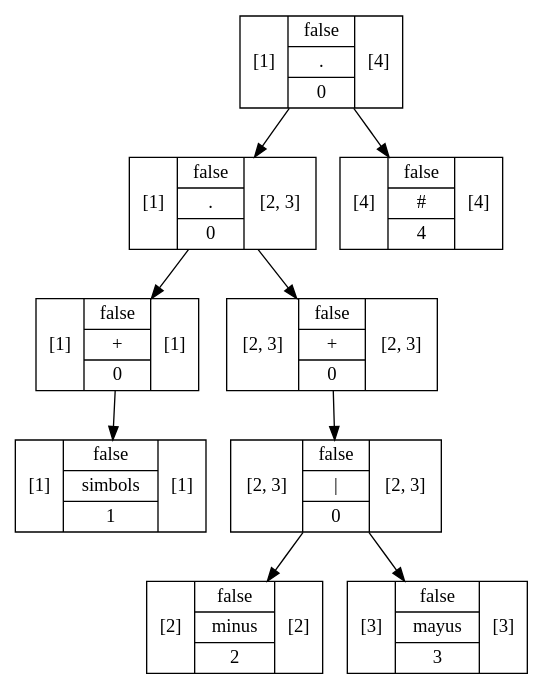
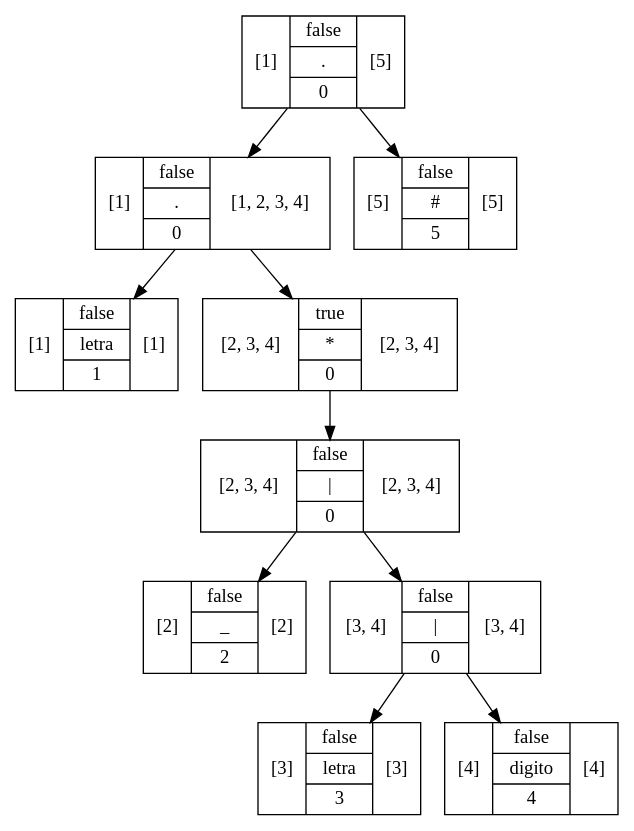
The diagram in out/production/Proyecto1/Graphviz/Arbol6.dot (RojasCJP/Proyecto1_Compi1), drawn with Graphviz before and after one commit. The commit also changed 276 other files, not shown here.

```diff
--- a/out/production/Proyecto1/Graphviz/Arbol6.dot
+++ b/out/production/Proyecto1/Graphviz/Arbol6.dot
@@ -1,19 +1,21 @@
 digraph structs {
-    node [shape=record];ArbolNodoMetodo684b0677[label="[1]|{false|{simbols}|1}|[1]"];
-ArbolNodoMetodo6a1d35c1[label="[1]|{false|{+}|0}|[1]"];
-ArbolNodoMetodo6a1d35c1 -> ArbolNodoMetodo684b0677;
-ArbolNodoMetodo4e1d776e[label="[2]|{false|{minus}|2}|[2]"];
-ArbolNodoMetodo2d981c35[label="[3]|{false|{mayus}|3}|[3]"];
-ArbolNodoMetodo1dd0cf4f[label="[2, 3]|{false|{\|}|0}|[2, 3]"];
-ArbolNodoMetodo1dd0cf4f -> ArbolNodoMetodo4e1d776e;
-ArbolNodoMetodo1dd0cf4f -> ArbolNodoMetodo2d981c35;
-ArbolNodoMetodo1e605209[label="[2, 3]|{false|{+}|0}|[2, 3]"];
-ArbolNodoMetodo1e605209 -> ArbolNodoMetodo1dd0cf4f;
-ArbolNodoMetodo3be3e0ac[label="[1]|{false|{.}|0}|[2, 3]"];
-ArbolNodoMetodo3be3e0ac -> ArbolNodoMetodo6a1d35c1;
-ArbolNodoMetodo3be3e0ac -> ArbolNodoMetodo1e605209;
-ArbolNodoMetodo56f73a51[label="[4]|{false|{#}|4}|[4]"];
-ArbolNodoMetodo4d463d77[label="[1]|{false|{.}|0}|[4]"];
-ArbolNodoMetodo4d463d77 -> ArbolNodoMetodo3be3e0ac;
-ArbolNodoMetodo4d463d77 -> ArbolNodoMetodo56f73a51;
+    node [shape=record];ArbolNodoMetodo19776d84[label="[1]|{false|{letra}|1}|[1]"];
+ArbolNodoMetodob5e7dbd[label="[2]|{false|{_}|2}|[2]"];
+ArbolNodoMetodo5e8bd7f[label="[3]|{false|{letra}|3}|[3]"];
+ArbolNodoMetodo40920e84[label="[4]|{false|{digito}|4}|[4]"];
+ArbolNodoMetodo622b505f[label="[3, 4]|{false|{\|}|0}|[3, 4]"];
+ArbolNodoMetodo622b505f -> ArbolNodoMetodo5e8bd7f;
+ArbolNodoMetodo622b505f -> ArbolNodoMetodo40920e84;
+ArbolNodoMetodo1ae06a32[label="[2, 3, 4]|{false|{\|}|0}|[2, 3, 4]"];
+ArbolNodoMetodo1ae06a32 -> ArbolNodoMetodob5e7dbd;
+ArbolNodoMetodo1ae06a32 -> ArbolNodoMetodo622b505f;
+ArbolNodoMetodo5aa33f54[label="[2, 3, 4]|{true|{*}|0}|[2, 3, 4]"];
+ArbolNodoMetodo5aa33f54 -> ArbolNodoMetodo1ae06a32;
+ArbolNodoMetodoa95ecaa[label="[1]|{false|{.}|0}|[1, 2, 3, 4]"];
+ArbolNodoMetodoa95ecaa -> ArbolNodoMetodo19776d84;
+ArbolNodoMetodoa95ecaa -> ArbolNodoMetodo5aa33f54;
+ArbolNodoMetodo3284ec0f[label="[5]|{false|{#}|5}|[5]"];
+ArbolNodoMetodo2bacb197[label="[1]|{false|{.}|0}|[5]"];
+ArbolNodoMetodo2bacb197 -> ArbolNodoMetodoa95ecaa;
+ArbolNodoMetodo2bacb197 -> ArbolNodoMetodo3284ec0f;
 }
```
